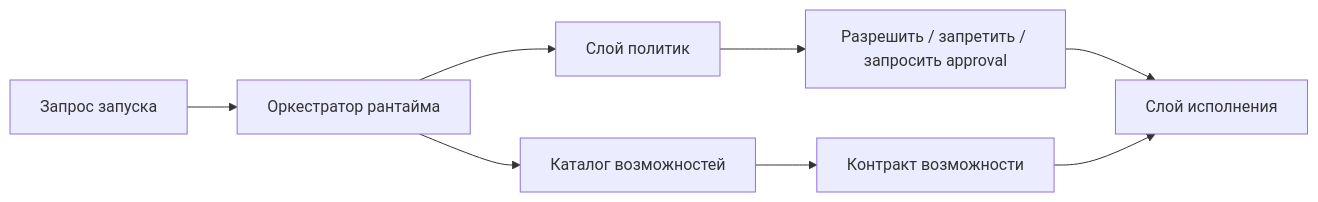
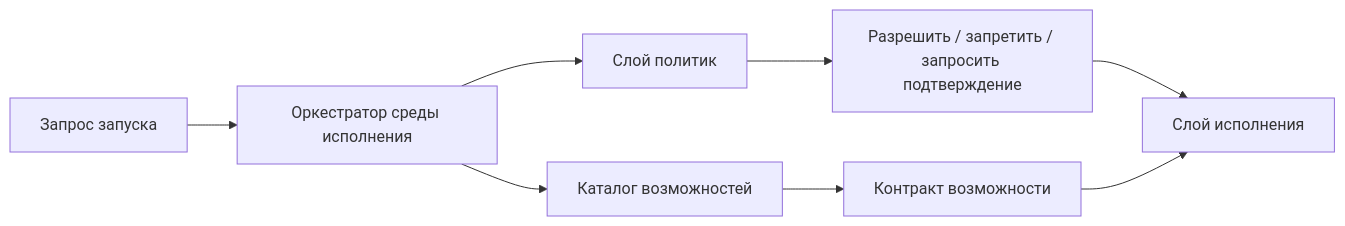
The diagram in docs/book/part-vii/chapter-17.md (agent-axiom/agent-arch), drawn with Mermaid before and after one commit. The commit also changed other lines of this file and 26 other files, not shown here.

````diff
--- a/docs/book/part-vii/chapter-17.md
+++ b/docs/book/part-vii/chapter-17.md
@@ -67,10 +67,10 @@
 ``` mermaid
 flowchart LR
-    A["Запрос запуска"] --> B["Оркестратор рантайма"]
+    A["Запрос запуска"] --> B["Оркестратор среды исполнения"]
     B --> C["Слой политик"]
     B --> D["Каталог возможностей"]
-    C --> E["Разрешить / запретить / запросить approval"]
+    C --> E["Разрешить / запретить / запросить подтверждение"]
     D --> F["Контракт возможности"]
     E --> G["Слой исполнения"]
     F --> G
 ```
````
